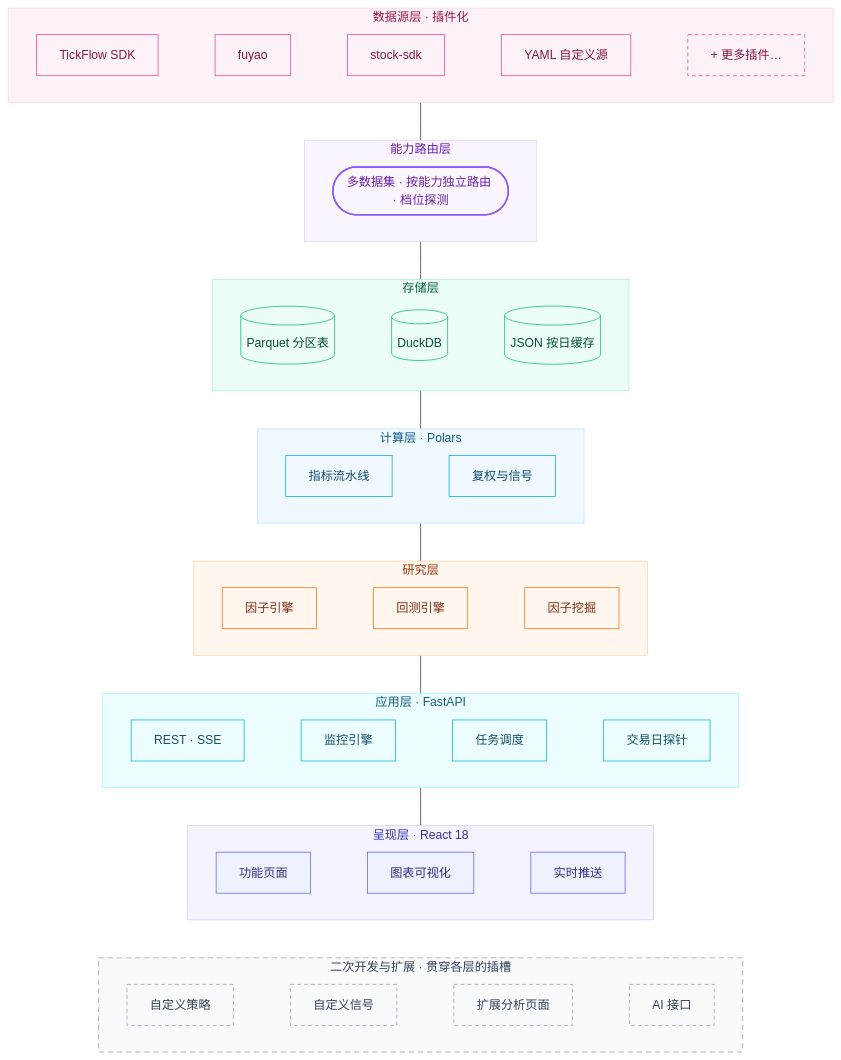
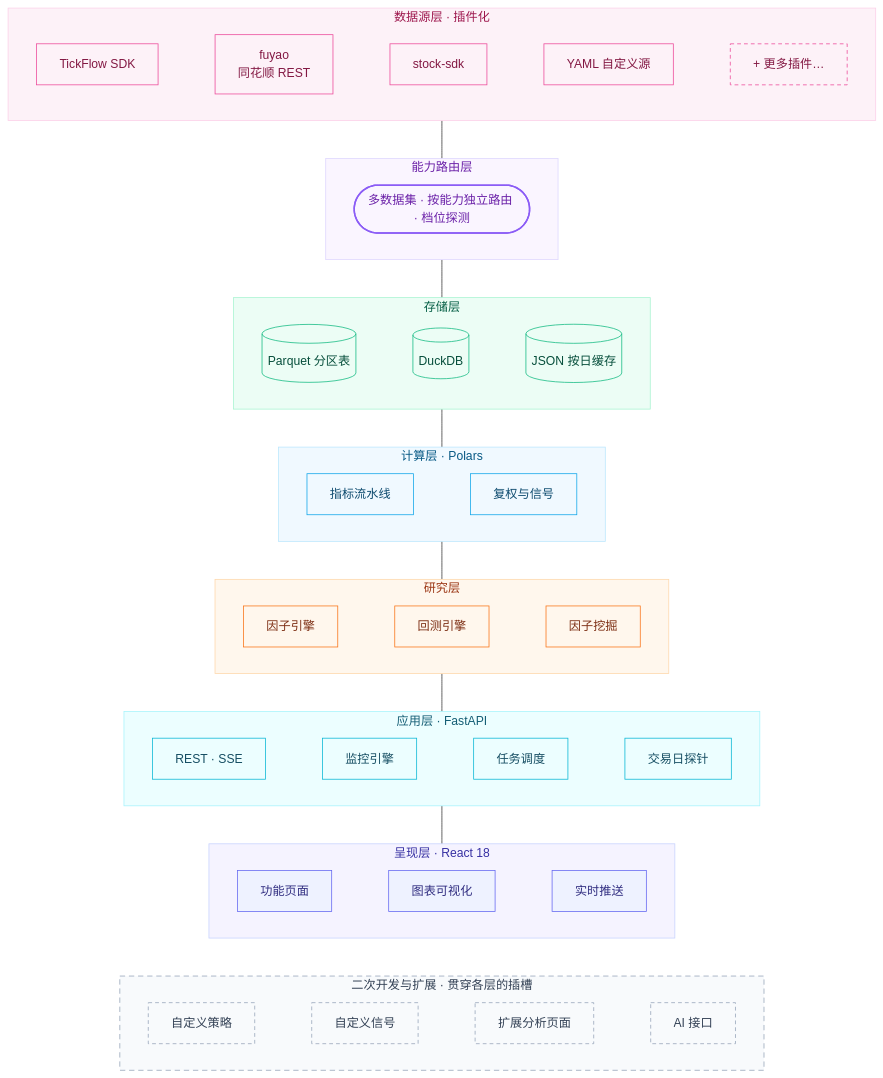
Before and after one commit to kevin9327/tick-stock-panel: the diagram in README.md, drawn with Mermaid.

Commit message:
docs(readme): 架构图 fuyao 节点标注同花顺 REST

````diff
--- a/README.md
+++ b/README.md
@@ -148,79 +148,79 @@
 ```mermaid
 flowchart TB
     subgraph DATA["数据源层 · 插件化"]
         direction LR
-        D1["TickFlow SDK"] ~~~ D2["fuyao"] ~~~ D3["stock-sdk"] ~~~ D4["YAML 自定义源"] ~~~ D5["+ 更多插件…"]
+        D1["TickFlow SDK"] ~~~ D2["fuyao<br/>同花顺 REST"] ~~~ D3["stock-sdk"] ~~~ D4["YAML 自定义源"] ~~~ D5["+ 更多插件…"]
     end
 
     subgraph ROUTE["能力路由层"]
         direction LR
         R(["多数据集 · 按能力独立路由 · 档位探测"])
     end
 
     subgraph STORE["存储层"]
         direction LR
         ST1[("Parquet 分区表")] ~~~ ST2[("DuckDB")] ~~~ ST3[("JSON 按日缓存")]
     end
 
     subgraph CALC["计算层 · Polars"]
         direction LR
         C1["指标流水线"] ~~~ C2["复权与信号"]
     end
 
     subgraph RES["研究层"]
         direction LR
         G1["因子引擎"] ~~~ G2["回测引擎"] ~~~ G3["因子挖掘"]
     end
 
     subgraph SVC["应用层 · FastAPI"]
         direction LR
         S1["REST · SSE"] ~~~ S2["监控引擎"] ~~~ S3["任务调度"] ~~~ S4["交易日探针"]
     end
 
     subgraph FE["呈现层 · React 18"]
         direction LR
         F1["功能页面"] ~~~ F2["图表可视化"] ~~~ F3["实时推送"]
     end
 
     subgraph EXT["二次开发与扩展 · 贯穿各层的插槽"]
         direction LR
         X1["自定义策略"] ~~~ X2["自定义信号"] ~~~ X3["扩展分析页面"] ~~~ X4["AI 接口"]
     end
 
     DATA --- ROUTE
     ROUTE --- STORE
     STORE --- CALC
     CALC --- RES
     RES --- SVC
     SVC --- FE
     FE ~~~ EXT
 
     classDef fe fill:#eef2ff,stroke:#6366f1,color:#312e81
     classDef svc fill:#ecfeff,stroke:#06b6d4,color:#164e63
     classDef res fill:#fff7ed,stroke:#f97316,color:#7c2d12
     classDef calc fill:#f0f9ff,stroke:#0ea5e9,color:#0c4a6e
     classDef store fill:#ecfdf5,stroke:#10b981,color:#064e3b
     classDef data fill:#fdf2f8,stroke:#ec4899,color:#831843
     classDef pluginSlot fill:#fdf2f8,stroke:#ec4899,color:#831843,stroke-dasharray:5 4
     classDef route fill:#faf5ff,stroke:#8b5cf6,color:#6b21a8,stroke-width:2px
     classDef ext fill:#f8fafc,stroke:#94a3b8,color:#334155,stroke-dasharray:5 4
 
     class F1,F2,F3 fe
     class S1,S2,S3,S4 svc
     class G1,G2,G3 res
     class C1,C2 calc
     class ST1,ST2,ST3 store
     class D1,D2,D3,D4 data
     class D5 pluginSlot
     class R route
     class X1,X2,X3,X4 ext
 
     style FE fill:#f5f3ff,stroke:#c7d2fe,color:#3730a3
     style SVC fill:#ecfeff,stroke:#a5f3fc,color:#155e75
     style RES fill:#fff7ed,stroke:#fed7aa,color:#9a3412
     style CALC fill:#f0f9ff,stroke:#bae6fd,color:#075985
     style STORE fill:#ecfdf5,stroke:#a7f3d0,color:#065f46
     style ROUTE fill:#faf5ff,stroke:#ddd6fe,color:#6b21a8
     style DATA fill:#fdf2f8,stroke:#fbcfe8,color:#9d174d
     style EXT fill:#f8fafc,stroke:#94a3b8,color:#334155,stroke-dasharray:7 5
 ```
````
